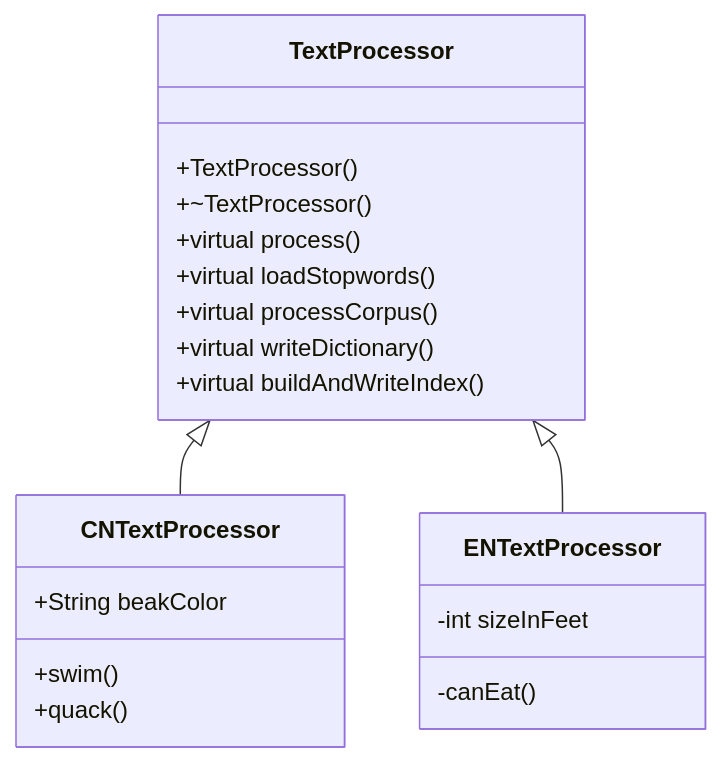
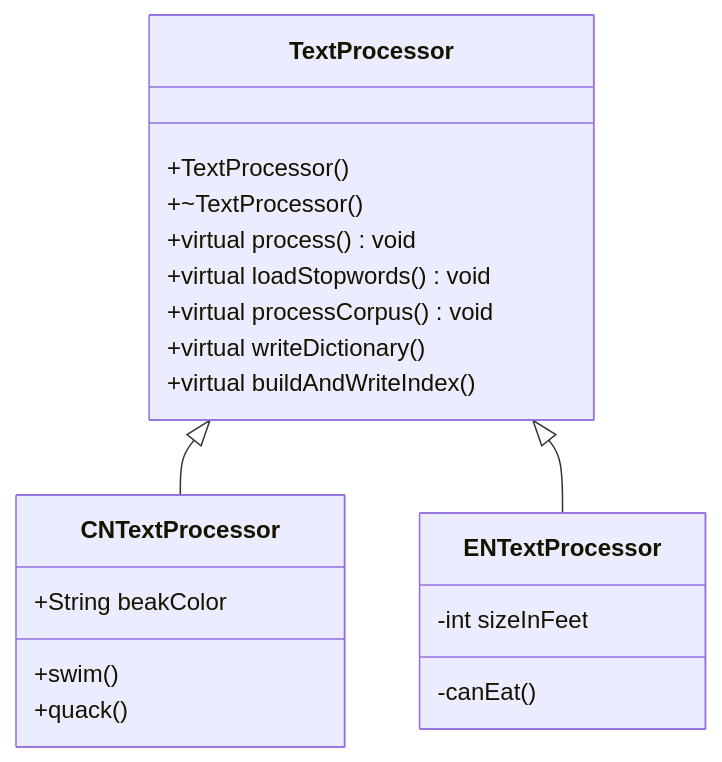
The diagram in all/未命名-1.md (Jason-DancingBoy/iodraw-files), drawn with Mermaid before and after one commit.

Commit message:
2026-01-02 20:40:58 update

````diff
--- a/all/未命名-1.md
+++ b/all/未命名-1.md
@@ -1,22 +1,22 @@
 ```mermaid
 classDiagram
     TextProcessor <|-- CNTextProcessor
     TextProcessor <|-- ENTextProcessor
     TextProcessor: +TextProcessor()
     TextProcessor: +~TextProcessor()
-    TextProcessor: +virtual process() 
-    TextProcessor: +virtual loadStopwords()
-    TextProcessor: +virtual processCorpus()
+    TextProcessor: +virtual process() void
+    TextProcessor: +virtual loadStopwords() void 
+    TextProcessor: +virtual processCorpus() void
     TextProcessor: +virtual writeDictionary()
     TextProcessor: +virtual buildAndWriteIndex()
     class CNTextProcessor{
       +String beakColor
       +swim()
       +quack()
     }
     class ENTextProcessor{
       -int sizeInFeet
       -canEat()
     }
             
 ```
````
